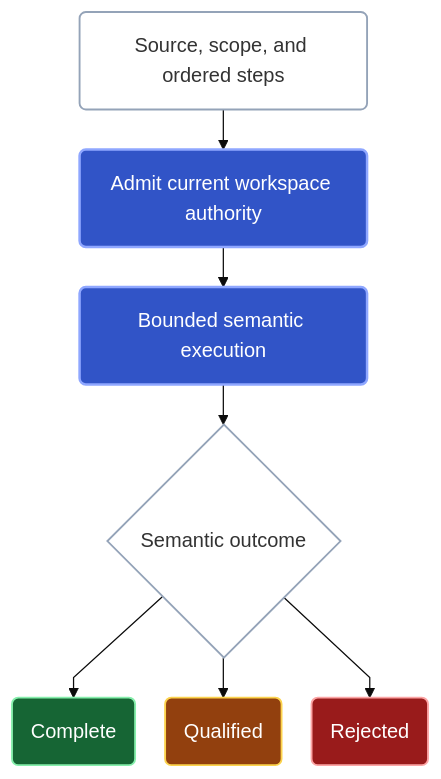
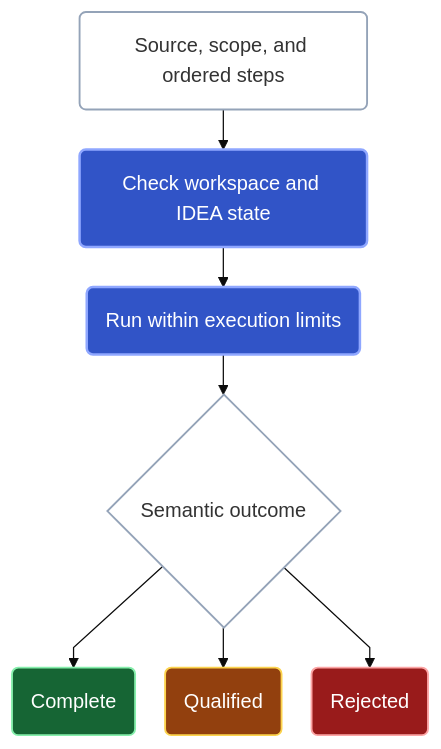
One commit to amichne/kast changed the diagram in docs/public/concepts/architecture.mdx. Above: the diagram before and after it, drawn with Mermaid (base theme). The commit also changed other lines of this file and 10 other files, not shown here.

First line of the commit message:
docs: simplify Kast workflows and explain query results (#897)

````diff
--- a/docs/public/concepts/architecture.mdx
+++ b/docs/public/concepts/architecture.mdx
@@ -23,21 +23,21 @@
 ```mermaid
 %%{init: {"flowchart": {"curve": "linear", "nodeSpacing": 24, "rankSpacing": 32}}}%%
 flowchart TB
-  accTitle: An admitted query keeps its semantic outcome explicit
-  accDescr: A query binds its source, scope, and steps to the current workspace authority. Bounded semantic execution returns complete, qualified, or rejected, without converting limits into success.
-  A("Source, scope, and ordered steps") --> B("Admit current workspace authority")
-  B --> C("Bounded semantic execution")
+  accTitle: A query reports completion, limitations, or rejection
+  accDescr: Kast checks the selected workspace and IDEA state, then runs the requested source and steps within the execution limits. The result reports complete, qualified, or rejected.
+  A("Source, scope, and ordered steps") --> B("Check workspace and IDEA state")
+  B --> C("Run within execution limits")
   C --> D{"Semantic outcome"}
   D --> E("Complete")
   D --> F("Qualified")
   D --> G("Rejected")
   classDef default fill:transparent,stroke:#94A3B8,stroke-width:1.5px;
   classDef authority fill:#3154C7,color:#FFFFFF,stroke:#8FA7FF,stroke-width:2px;
   classDef evidence fill:#166534,color:#FFFFFF,stroke:#86EFAC,stroke-width:1.5px;
   classDef limited fill:#92400E,color:#FFFFFF,stroke:#FCD34D,stroke-width:1.5px;
   classDef rejected fill:#991B1B,color:#FFFFFF,stroke:#FCA5A5,stroke-width:1.5px;
   class B,C authority;
   class E evidence;
   class F limited;
   class G rejected;
 ```
````
